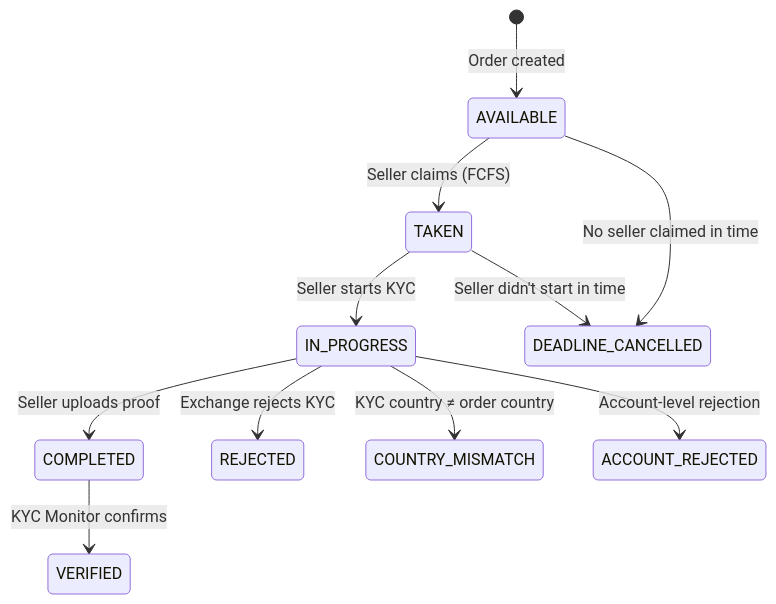
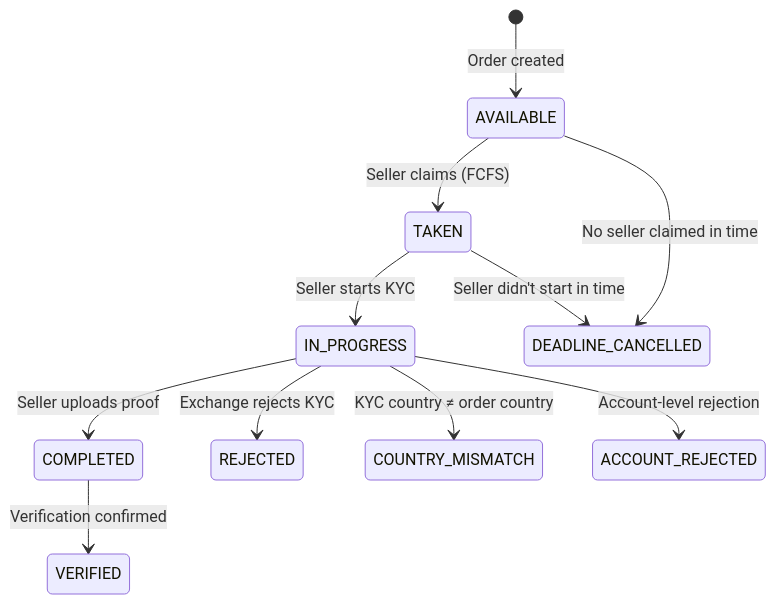
The sixth of 8 diagrams in src/content/docs/en/pilot-faq.md (AutoPilotSoftware/docs), drawn with Mermaid before and after one commit. The commit also changed other lines of this file and 2 other files, not shown here.

First line of the commit message:
Simplify and localize all pilot-faq diagrams across RU/EN/UA

````diff
--- a/src/content/docs/en/pilot-faq.md
+++ b/src/content/docs/en/pilot-faq.md
@@ -402,14 +394,14 @@
 ```mermaid
 stateDiagram-v2
     [*] --> AVAILABLE: Order created
     AVAILABLE --> TAKEN: Seller claims (FCFS)
     TAKEN --> IN_PROGRESS: Seller starts KYC
     IN_PROGRESS --> COMPLETED: Seller uploads proof
-    COMPLETED --> VERIFIED: KYC Monitor confirms
+    COMPLETED --> VERIFIED: Verification confirmed
 
     AVAILABLE --> DEADLINE_CANCELLED: No seller claimed in time
     TAKEN --> DEADLINE_CANCELLED: Seller didn't start in time
     IN_PROGRESS --> REJECTED: Exchange rejects KYC
     IN_PROGRESS --> COUNTRY_MISMATCH: KYC country ≠ order country
     IN_PROGRESS --> ACCOUNT_REJECTED: Account-level rejection
 ```
````
